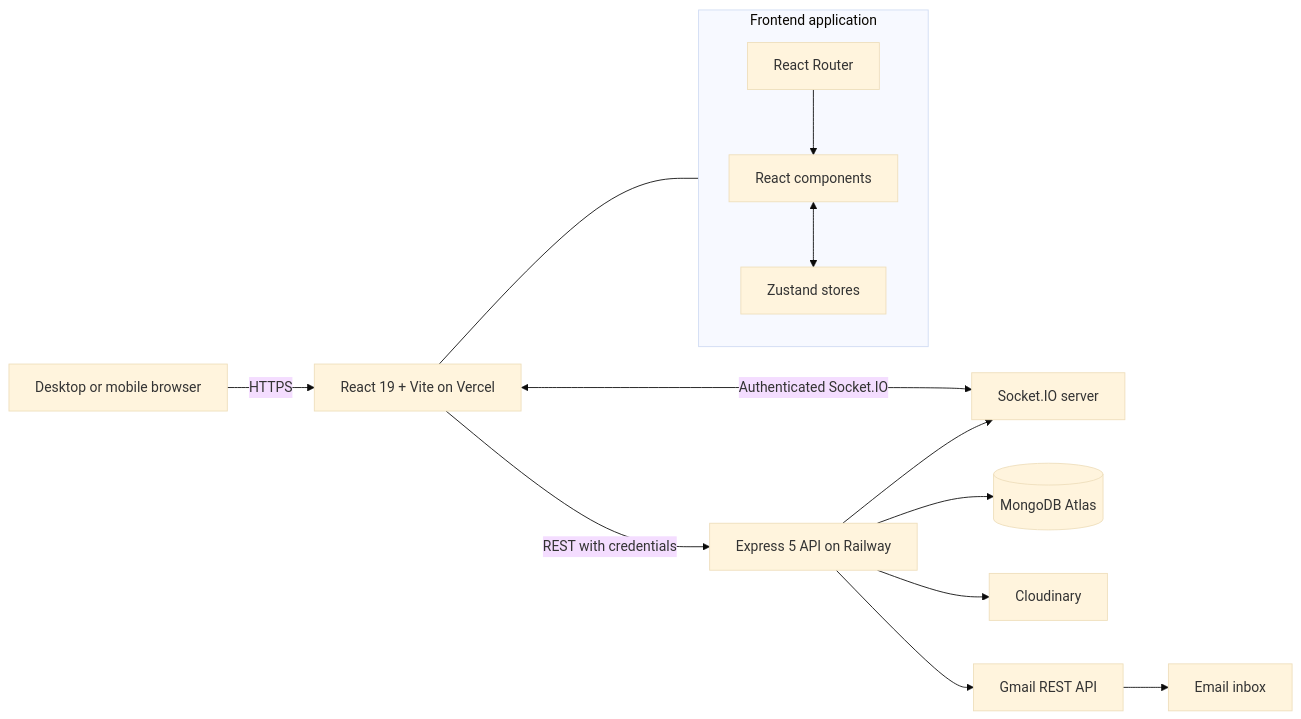
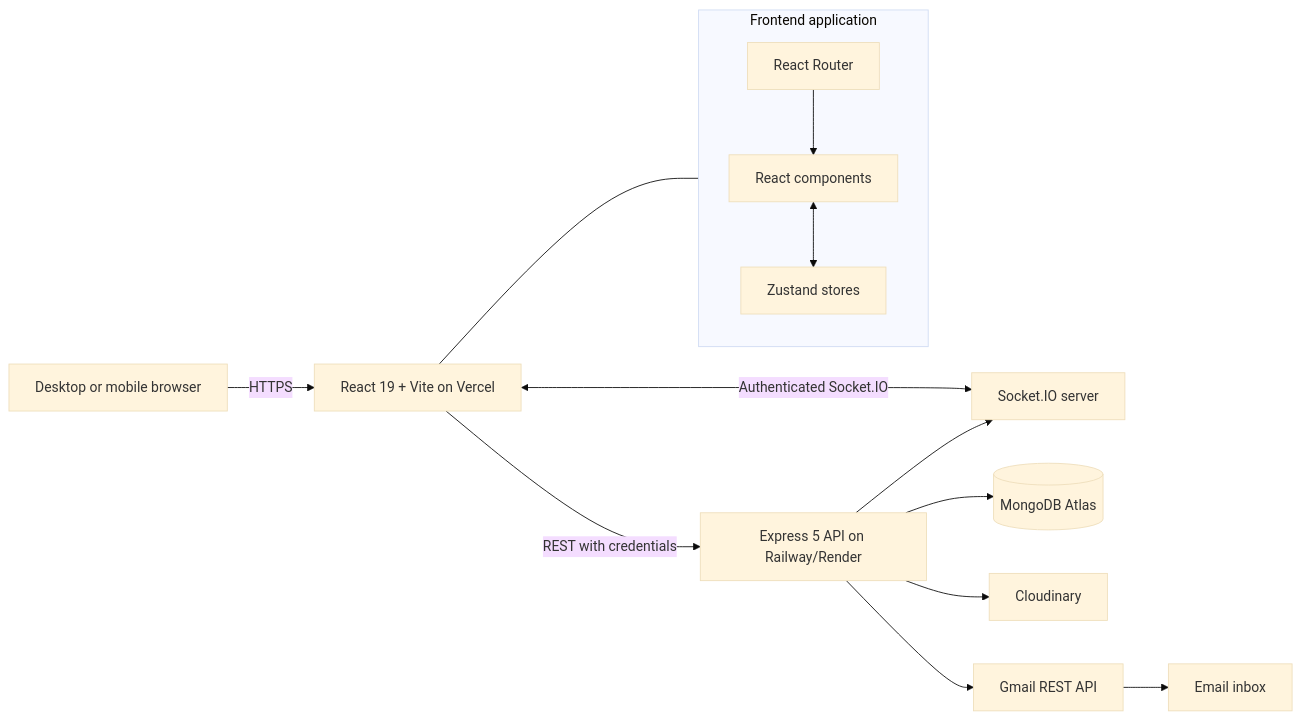
One commit to Saurav11343/click-chat changed the first of 7 diagrams in docs/02-system-architecture.md. Above: the diagram before and after it, drawn with Mermaid (base theme). The commit also changed other lines of this file and 8 other files, not shown here.

````diff
--- a/docs/02-system-architecture.md
+++ b/docs/02-system-architecture.md
@@ -5,21 +5,21 @@
 ```mermaid
 flowchart LR
     U["Desktop or mobile browser"] -->|"HTTPS"| V["React 19 + Vite on Vercel"]
-    V -->|"REST with credentials"| E["Express 5 API on Railway"]
+    V -->|"REST with credentials"| E["Express 5 API on Railway/Render"]
     V <-->|"Authenticated Socket.IO"| S["Socket.IO server"]
     E --> M[("MongoDB Atlas")]
     E --> C["Cloudinary"]
     E --> G["Gmail REST API"]
     G --> I["Email inbox"]
     E --> S
 
     subgraph Client["Frontend application"]
       R["React Router"]
       Z["Zustand stores"]
       UI["React components"]
       R --> UI
       UI <--> Z
     end
 
     V --- Client
 ```
````
